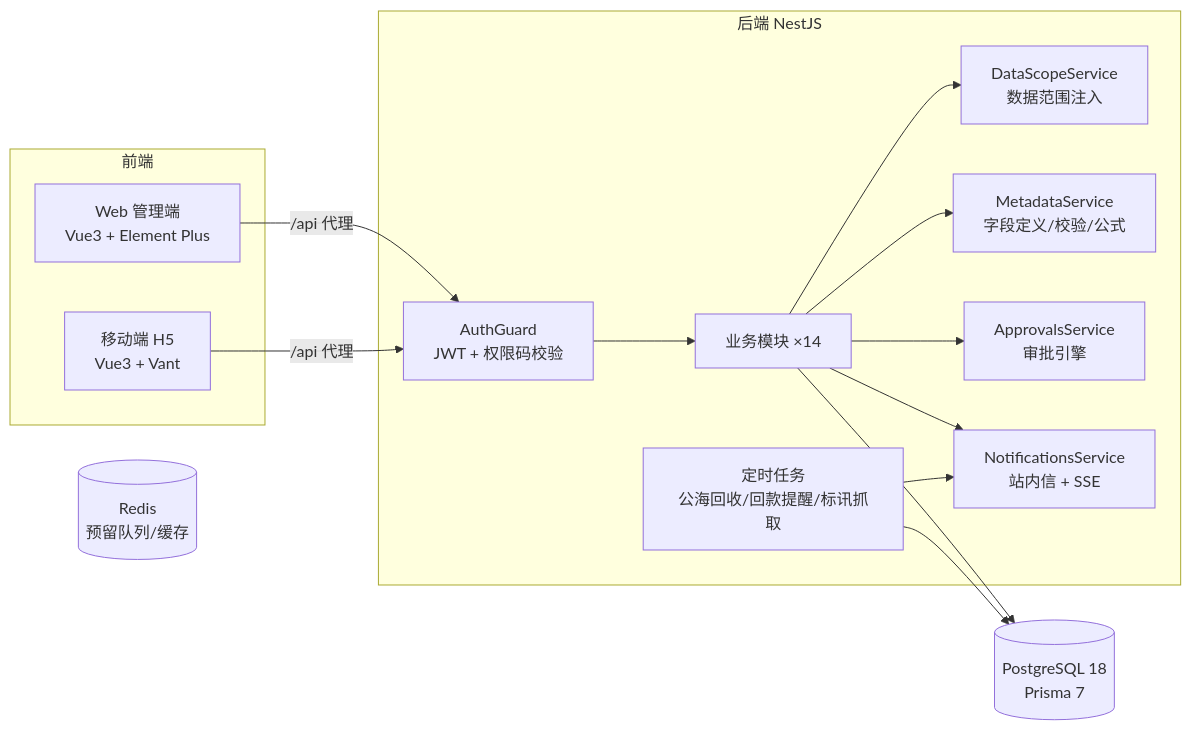
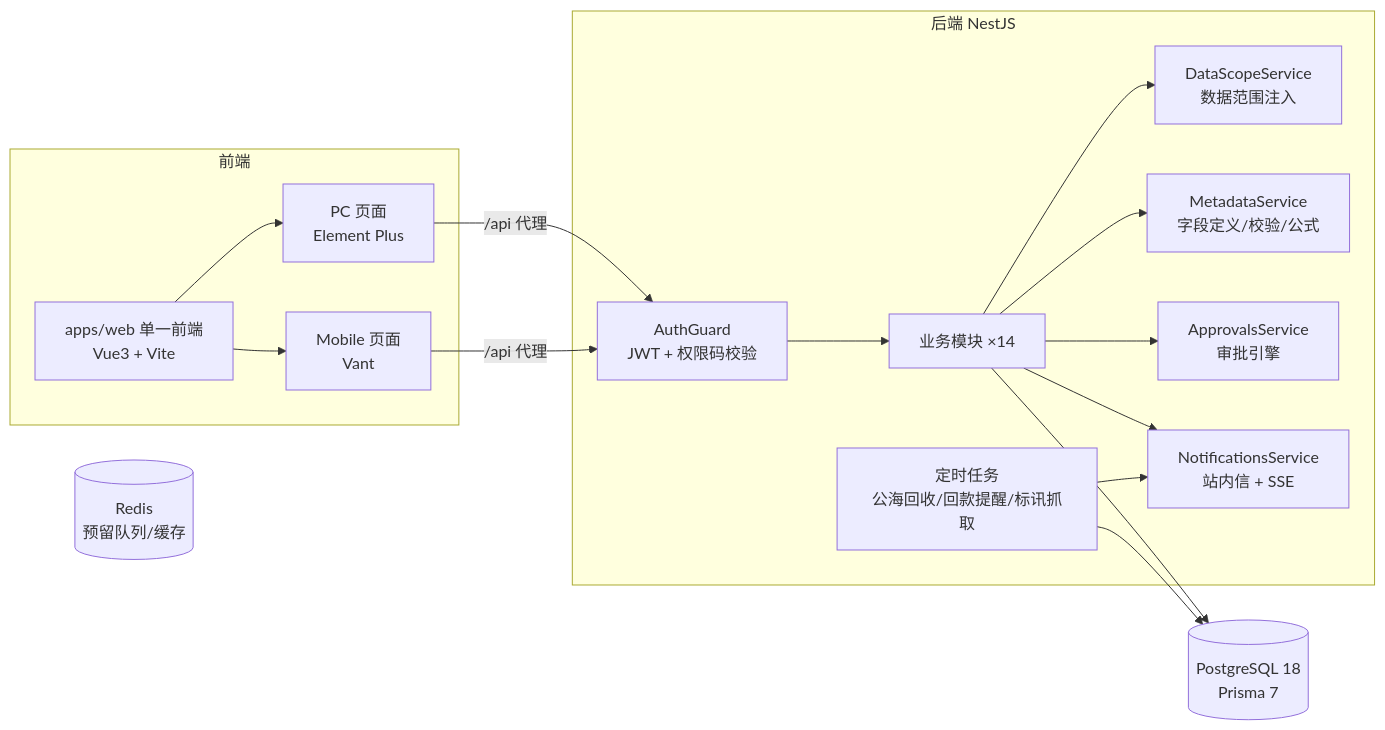
The first of 2 diagrams in docs/architecture.md (HideInMatrix/micromatrix-crm), drawn with Mermaid before and after one commit. The commit also changed other lines of this file and 35 other files, not shown here.

````diff
--- a/docs/architecture.md
+++ b/docs/architecture.md
@@ -5,29 +5,32 @@
 ```mermaid
 flowchart LR
   subgraph clients [前端]
-    Web[Web 管理端<br/>Vue3 + Element Plus]
-    Mobile[移动端 H5<br/>Vue3 + Vant]
+    Web[apps/web 单一前端<br/>Vue3 + Vite]
+    PC[PC 页面<br/>Element Plus]
+    Mobile[Mobile 页面<br/>Vant]
+    Web --> PC
+    Web --> Mobile
   end
   subgraph server [后端 NestJS]
     Guard[AuthGuard<br/>JWT + 权限码校验]
     Scope[DataScopeService<br/>数据范围注入]
     Meta[MetadataService<br/>字段定义/校验/公式]
     Approval[ApprovalsService<br/>审批引擎]
     Biz[业务模块 ×14]
     Cron[定时任务<br/>公海回收/回款提醒/标讯抓取]
     Notify[NotificationsService<br/>站内信 + SSE]
   end
   DB[(PostgreSQL 18<br/>Prisma 7)]
   Redis[(Redis<br/>预留队列/缓存)]
 
-  Web -->|/api 代理| Guard
+  PC -->|/api 代理| Guard
   Mobile -->|/api 代理| Guard
   Guard --> Biz
   Biz --> Scope
   Biz --> Meta
   Biz --> Approval
   Biz --> Notify
   Biz --> DB
   Cron --> DB
   Cron --> Notify
 ```
````
